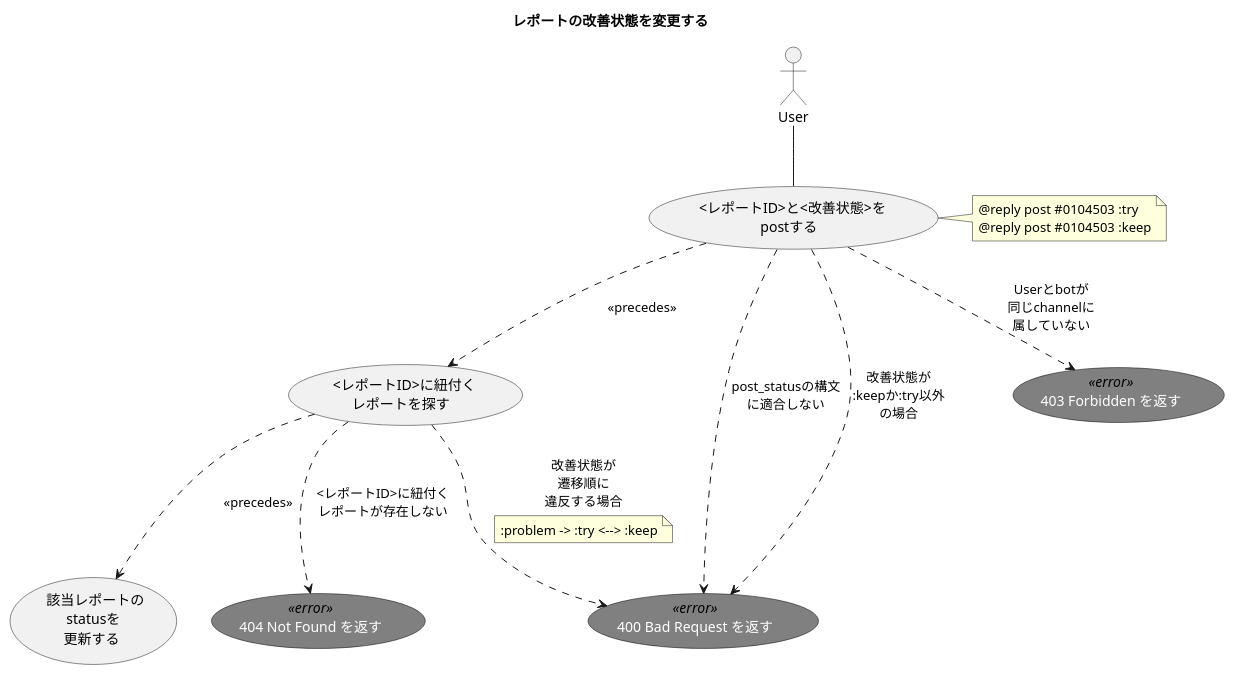
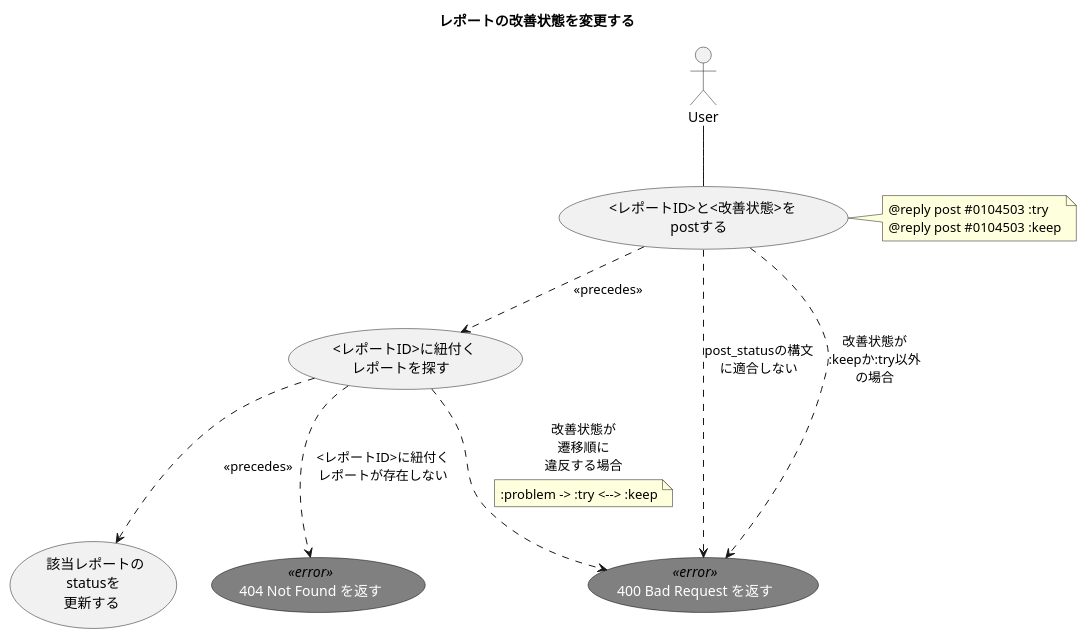
One commit to ito-masam/kpt-guard.doc changed the diagram in 1.design/2.usecases/post-report-change-status.md. Above: the diagram before and after it, drawn with PlantUML. The commit also changed 15 other files, not shown here.

```diff
--- a/1.design/2.usecases/post-report-change-status.md
+++ b/1.design/2.usecases/post-report-change-status.md
@@ -1,42 +1,39 @@
 @startuml
 
     ' ----------- meta
     title レポートの改善状態を変更する
 
     skinparam usecase {
       FontColor<<error>> white
       FontName<<error>> Verdana
       BackgroundColor<<error>> gray
       BorderColor<<error>> black
     }
 
     actor User
 
     ' ----------- main
     User -- ( <レポートID>と<改善状態>を\npostする )
     ( <レポートID>と<改善状態>を\npostする ) ..> ( <レポートID>に紐付く\nレポートを探す ) : << precedes >>
     ( <レポートID>に紐付く\nレポートを探す ) ..> ( 該当レポートの\nstatusを\n更新する ) : << precedes >>
 
     note right of ( <レポートID>と<改善状態>を\npostする )
       @reply post #0104503 :try
       @reply post #0104503 :keep
     end note
 
     ' ----------- alternative
     ( 400 Bad Request を返す ) <<error>>
     ( <レポートID>と<改善状態>を\npostする ) ..> ( 400 Bad Request を返す ) : post_statusの構文\nに適合しない
 
-    ( 403 Forbidden を返す ) <<error>>
-    ( <レポートID>と<改善状態>を\npostする ) ..> ( 403 Forbidden を返す ) : Userとbotが\n同じchannelに\n属していない
-
     ( 404 Not Found を返す ) <<error>>
     ( <レポートID>に紐付く\nレポートを探す ) ..> ( 404 Not Found を返す ) : <レポートID>に紐付く\nレポートが存在しない
 
     ( 400 Bad Request を返す ) <<error>>
     ( <レポートID>と<改善状態>を\npostする ) ..> ( 400 Bad Request を返す ) : 改善状態が\n:keepか:try以外\nの場合
     ( <レポートID>に紐付く\nレポートを探す ) ..> ( 400 Bad Request を返す ) : 改善状態が\n遷移順に\n違反する場合
     note on link
       :problem -> :try <--> :keep
     end note
 
 @enduml
```
